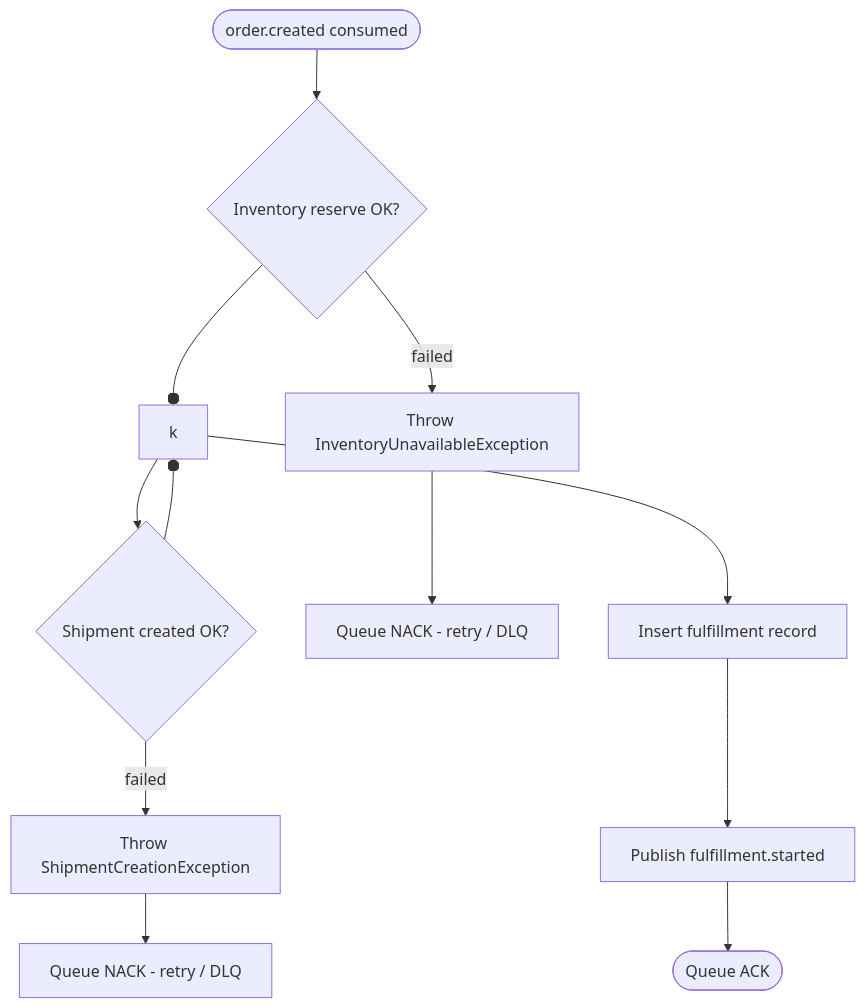
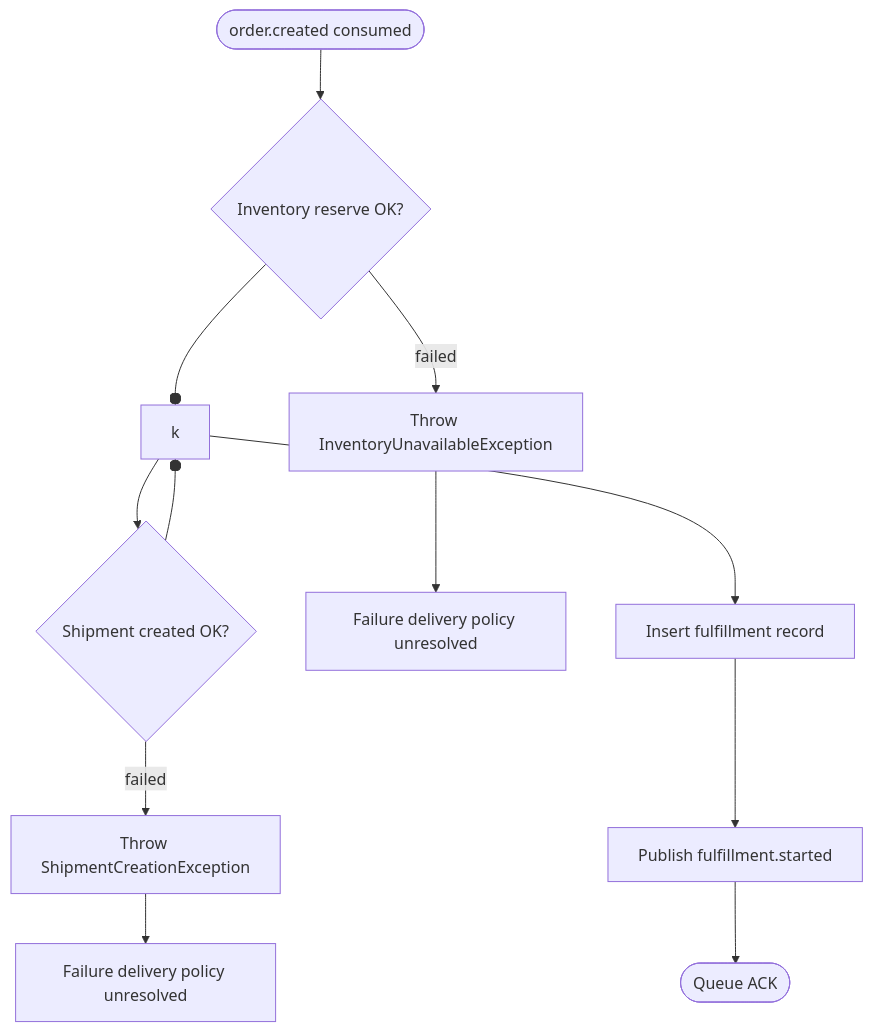
One commit to minh-lb/ai-tools changed the third of 4 diagrams in generate-flow/references/example-order-fulfillment-flow.md. Above: the diagram before and after it, drawn with Mermaid. The commit also changed other lines of this file and 5 other files, not shown here.

Commit message:
docs: harden generate-flow skill guidance

````diff
--- a/generate-flow/references/example-order-fulfillment-flow.md
+++ b/generate-flow/references/example-order-fulfillment-flow.md
@@ -181,19 +189,19 @@
 ```mermaid
 flowchart TD
     Start([order.created consumed])
     R1{Inventory reserve OK?}
     R2{Shipment created OK?}
     E1[Throw InventoryUnavailableException]
     E2[Throw ShipmentCreationException]
-    Retry1[Queue NACK - retry / DLQ]
-    Retry2[Queue NACK - retry / DLQ]
+    Retry1[Failure delivery policy unresolved]
+    Retry2[Failure delivery policy unresolved]
     Persist[Insert fulfillment record]
     Publish[Publish fulfillment.started]
     Done([Queue ACK])
 
     Start --> R1
     R1 --failed--> E1 --> Retry1
     R1 --ok--> R2
     R2 --failed--> E2 --> Retry2
     R2 --ok--> Persist --> Publish --> Done
 ```
````
